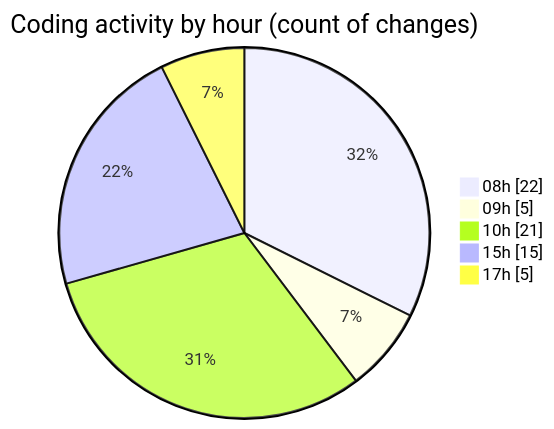
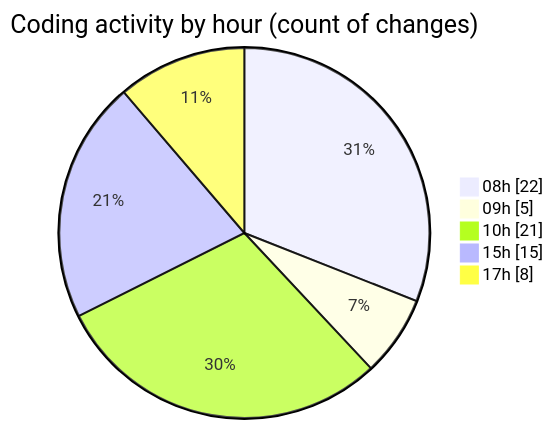
One commit to robertbonfada/code-tracking changed the second of 2 diagrams in 2025-02-17/mbc-web/README.md. Above: the diagram before and after it, drawn with Mermaid. The commit also changed other lines of this file and 1 other file, not shown here.

````diff
--- a/2025-02-17/mbc-web/README.md
+++ b/2025-02-17/mbc-web/README.md
@@ -42,9 +42,9 @@
 ```mermaid
 pie showData
 title Coding activity by hour (count of changes)
 "08h" : 22
 "09h" : 5
 "10h" : 21
 "15h" : 15
-"17h" : 5
+"17h" : 8
 ```
````
